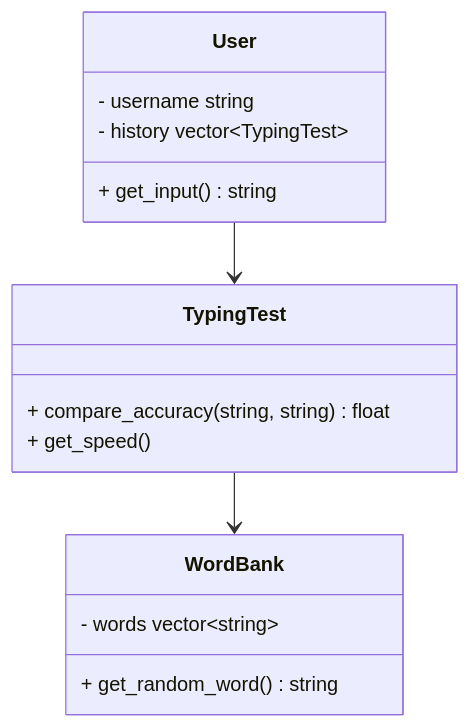
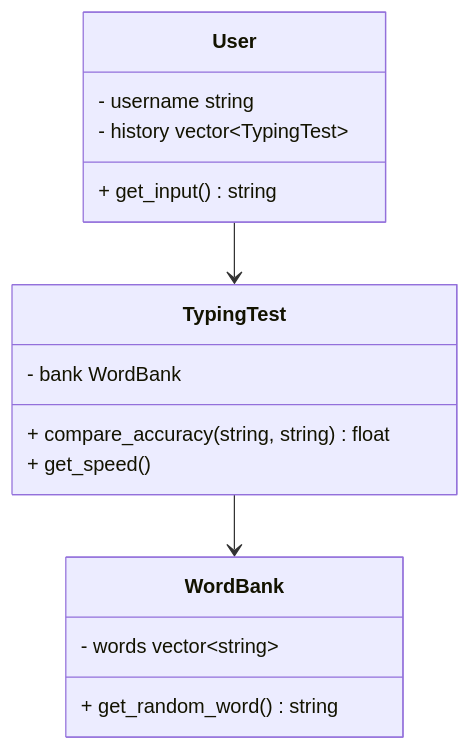
Before and after one commit to Trashcan445/tippitytappity-design: the diagram in README.md, drawn with Mermaid.

````diff
--- a/README.md
+++ b/README.md
@@ -8,18 +8,19 @@
 ```mermaid
 classDiagram
 class User{
       - username string
       - history vector~TypingTest~
       + get_input() string
 }
 class TypingTest{
+  - bank WordBank
   + compare_accuracy(string, string) float
   + get_speed()
 }
 class WordBank{
         - words vector~string~
         + get_random_word() string
 }
 User-->TypingTest
 TypingTest-->WordBank
 ```
````
